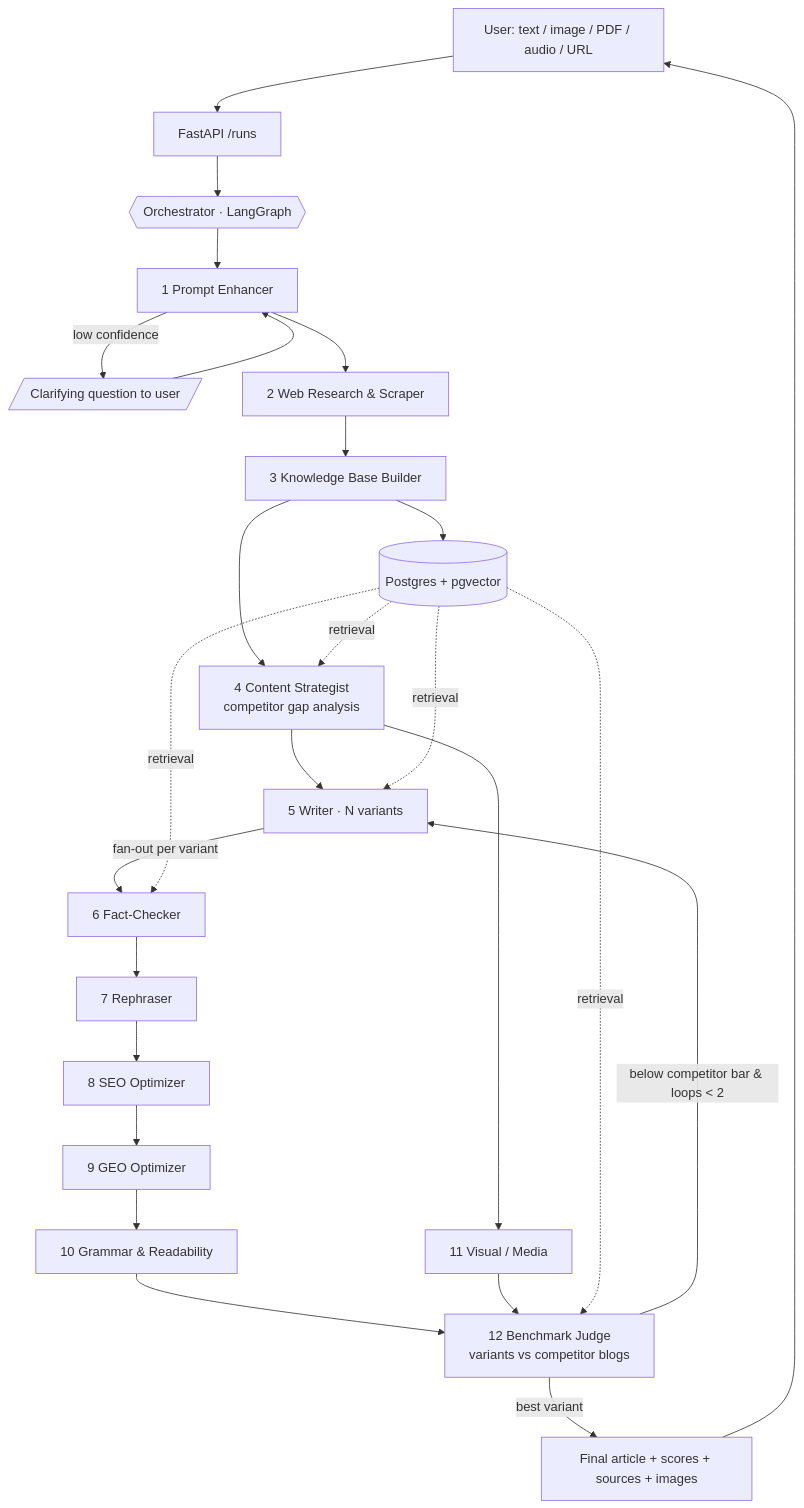
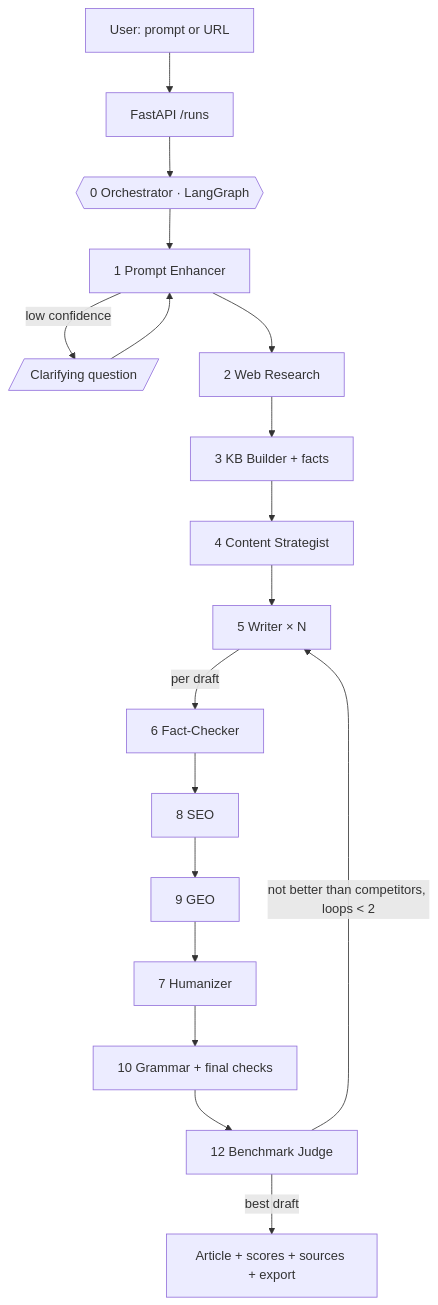
One commit to vishesh2305/BlogWritingAgenticSystem changed the diagram in Plan.md. Above: the diagram before and after it, drawn with Mermaid. The commit also changed other lines of this file and 3 other files, not shown here.

````diff
--- a/Plan.md
+++ b/Plan.md
@@ -53,29 +56,23 @@
 ```mermaid
 flowchart TD
-    U[User: text / image / PDF / audio / URL] --> API[FastAPI /runs]
-    API --> O{{Orchestrator · LangGraph}}
+    U[User: prompt or URL] --> API[FastAPI /runs]
+    API --> O{{0 Orchestrator · LangGraph}}
 
     O --> A1[1 Prompt Enhancer]
-    A1 -- low confidence --> HITL[/Clarifying question to user/]
+    A1 -- low confidence --> HITL[/Clarifying question/]
     HITL --> A1
-    A1 --> A2[2 Web Research & Scraper]
-    A2 --> A3[3 Knowledge Base Builder]
-    A3 --> KB[(Postgres + pgvector)]
-    A3 --> A4[4 Content Strategist<br/>competitor gap analysis]
-    A4 --> A5[5 Writer · N variants]
+    A1 --> A2[2 Web Research]
+    A2 --> A3[3 KB Builder + facts]
+    A3 --> A4[4 Content Strategist]
+    A4 --> A5[5 Writer × N]
 
-    A5 -->|fan-out per variant| P1[6 Fact-Checker]
-    P1 --> P2[7 Rephraser]
-    P2 --> P3[8 SEO Optimizer]
-    P3 --> P4[9 GEO Optimizer]
-    P4 --> P5[10 Grammar & Readability]
-    A4 --> A11[11 Visual / Media]
+    A5 -->|per draft| P1[6 Fact-Checker]
+    P1 --> P2[8 SEO]
+    P2 --> P3[9 GEO]
+    P3 --> P4[7 Humanizer]
+    P4 --> P5[10 Grammar + final checks]
 
-    P5 --> J[12 Benchmark Judge<br/>variants vs competitor blogs]
-    A11 --> J
-    J -- below competitor bar & loops < 2 --> A5
-    J -- best variant --> OUT[Final article + scores + sources + images]
-    OUT --> U
-
-    KB -.retrieval.-> A4 & A5 & P1 & J
+    P5 --> J[12 Benchmark Judge]
+    J -- not better than competitors, loops < 2 --> A5
+    J -- best draft --> OUT[Article + scores + sources + export]
 ```
````
